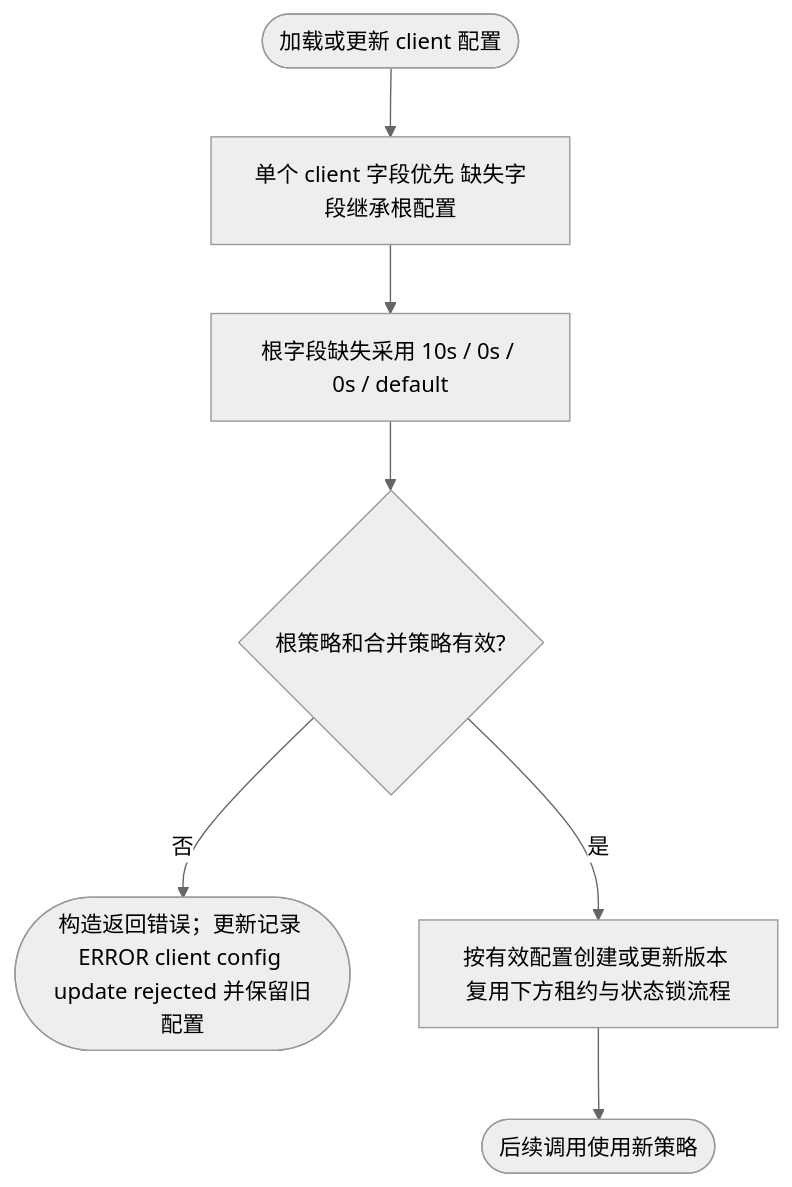
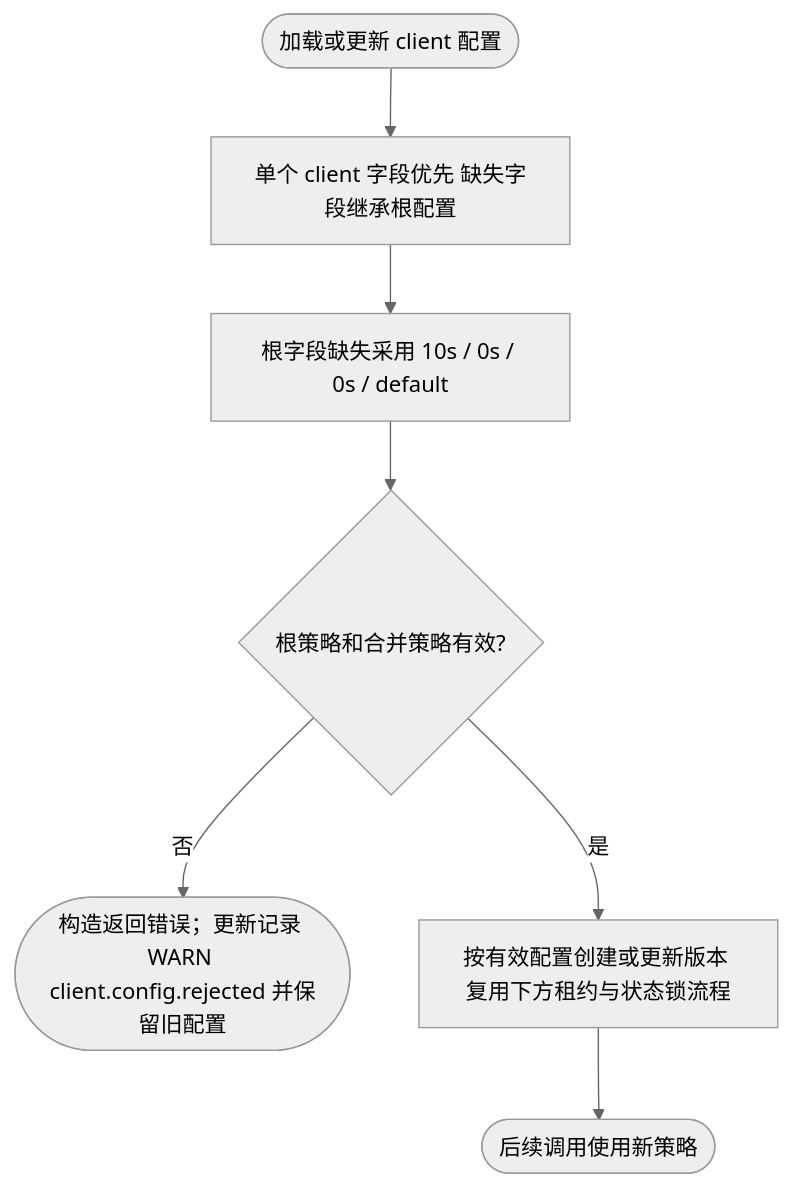
Before and after one commit to jaggerzhuang1994/kratos-foundation: the second of 9 diagrams in pkg/client/README.md, drawn with Mermaid (neutral theme). The commit also changed other lines of this file and 204 other files, not shown here.

````diff
--- a/pkg/client/README.md
+++ b/pkg/client/README.md
@@ -82,9 +82,9 @@
 ```mermaid
 flowchart TD
     A([加载或更新 client 配置]) --> B[单个 client 字段优先 缺失字段继承根配置]
     B --> C[根字段缺失采用 10s / 0s / 0s / default]
     C --> D{根策略和合并策略有效?}
-    D -- 否 --> E([构造返回错误；更新记录 ERROR client config update rejected 并保留旧配置])
+    D -- 否 --> E([构造返回错误；更新记录 WARN client.config.rejected 并保留旧配置])
     D -- 是 --> F[按有效配置创建或更新版本 复用下方租约与状态锁流程]
     F --> G([后续调用使用新策略])
 ```
````
